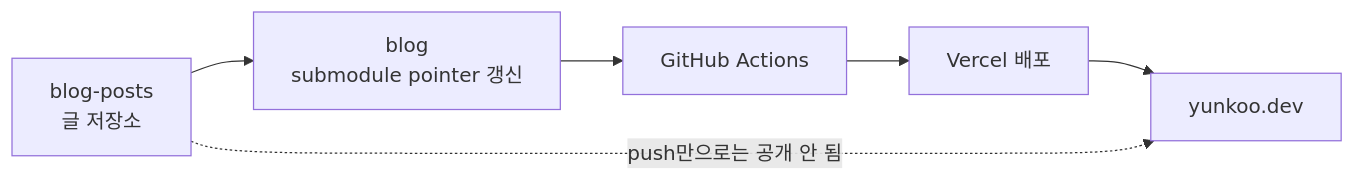
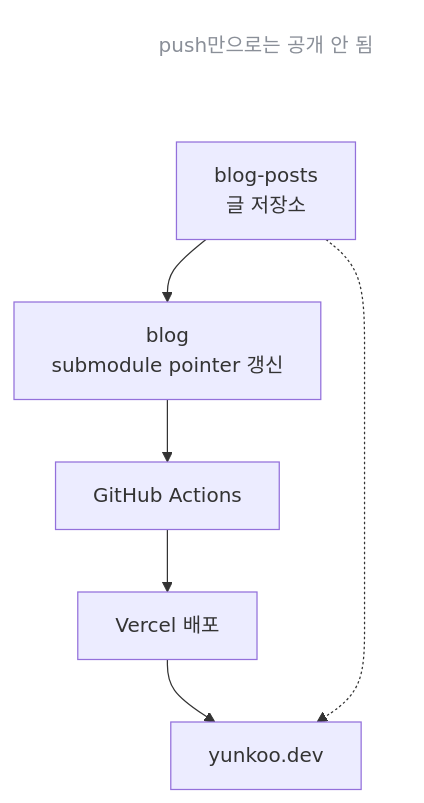
The diagram in README.md (yunkooo/blog), drawn with Mermaid before and after one commit.

Commit message:
Fix README architecture diagram layout

````diff
--- a/README.md
+++ b/README.md
@@ -13,9 +13,13 @@
 ```mermaid
-flowchart LR
+flowchart TD
+  note["push만으로는 공개 안 됨"]
   posts["blog-posts<br/>글 저장소"] --> pointer["blog<br/>submodule pointer 갱신"]
   pointer --> actions["GitHub Actions"]
   actions --> vercel["Vercel 배포"]
   vercel --> site["yunkoo.dev"]
 
-  posts -. "push만으로는 공개 안 됨" .-> site
+  note ~~~ posts
+  posts -.-> site
+
+  style note fill:transparent,stroke:transparent,color:#8a8f98
 ```
````
